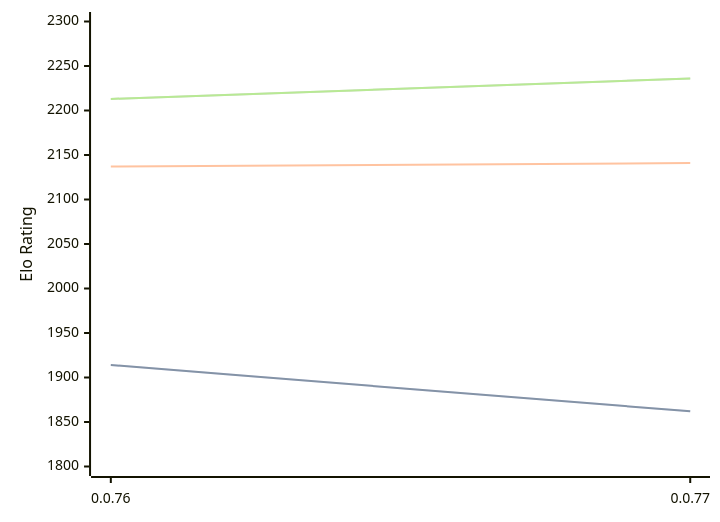
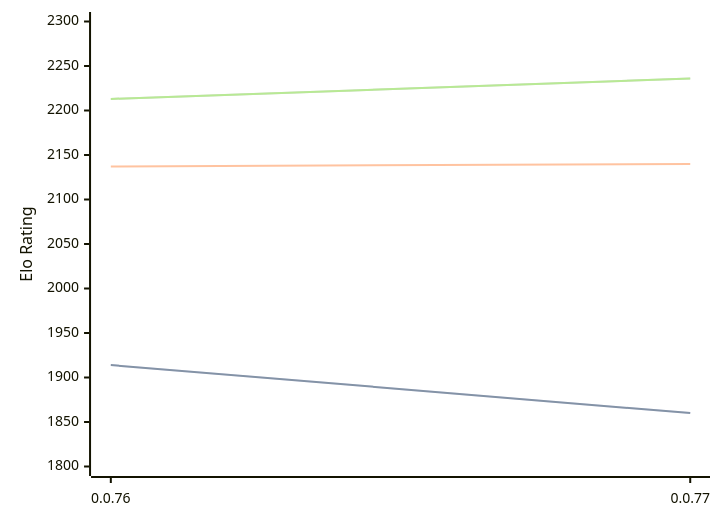
Before and after one commit to computer-chess-index/cci: the diagram in engines/Fktb.md, drawn with Mermaid. The commit also changed other lines of this file, not shown here.

````diff
--- a/engines/Fktb.md
+++ b/engines/Fktb.md
@@ -32,11 +32,11 @@
 ```mermaid
 %%{init: {"theme":"base","themeVariables":{"seriesColors:['#a3a3a3','#222221','#faa371']}}}%%
 xychart-beta
   x-axis ["0.0.76", "0.0.77"]
   y-axis "Elo Rating" 1800 --> 2300
-  line "" [1914, 1862]
-  line "STC (8.0+0.08s)" [1914, 1862]
-  line "LTC (60.0+0.60s)" [2137, 2141]
+  line "" [1914, 1860]
+  line "STC (8.0+0.08s)" [1914, 1860]
+  line "LTC (60.0+0.60s)" [2137, 2140]
   line "" [2213, 2236]
   line "VLTC (2m24s+1.12s)" [2213, 2236]
 ```
````
